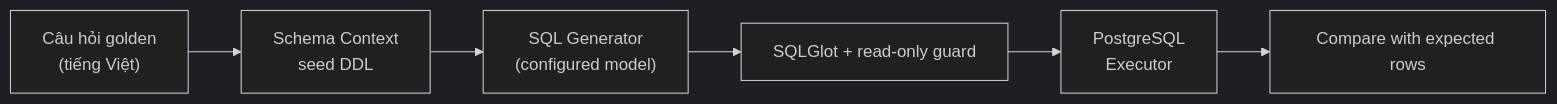
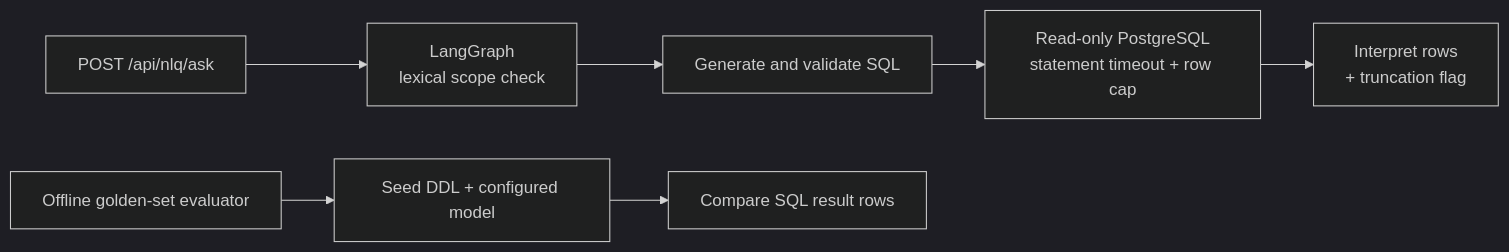
Before and after one commit to tranquoctrieu382006-tech/AI-assistant: the third of 6 diagrams in docs/architecture.md, drawn with Mermaid (dark theme). The commit also changed other lines of this file and 28 other files, not shown here.

````diff
--- a/docs/architecture.md
+++ b/docs/architecture.md
@@ -165,8 +167,9 @@
 ```mermaid
 flowchart LR
-    A["Câu hỏi golden\n(tiếng Việt)"] --> B["Schema Context\nseed DDL"]
-    B --> C["SQL Generator\n(configured model)"]
-    C --> D["SQLGlot + read-only guard"]
-    D --> E["PostgreSQL\nExecutor"]
-    E --> F["Compare with expected rows"]
+    A["POST /api/nlq/ask"] --> B["LangGraph\nlexical scope check"]
+    B --> C["Generate and validate SQL"]
+    C --> D["Read-only PostgreSQL\nstatement timeout + row cap"]
+    D --> E["Interpret rows\n+ truncation flag"]
+    G["Offline golden-set evaluator"] --> H["Seed DDL + configured model"]
+    H --> I["Compare SQL result rows"]
 ```
````
